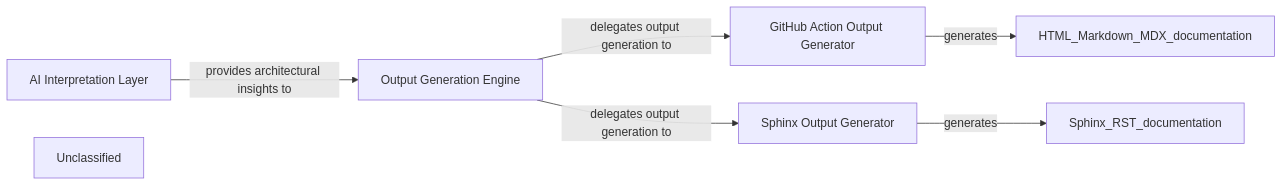
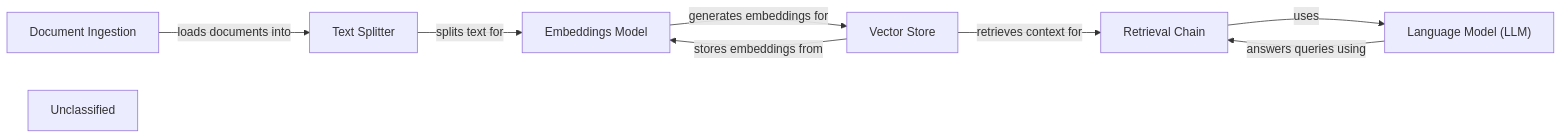
Before and after one commit to Tharun8688/CodeBoarding: the second of 6 diagrams in docs/development/architecture.md, drawn with Mermaid. The commit also changed other lines of this file and 13 other files, not shown here.

First line of the commit message:
docs: update codeboarding documentation and generate architecture

````diff
--- a/docs/development/architecture.md
+++ b/docs/development/architecture.md
@@ -111,15 +79,17 @@
 ```mermaid
 graph LR
-    AI_Interpretation_Layer["AI Interpretation Layer"]
-    Output_Generation_Engine["Output Generation Engine"]
-    GitHub_Action_Output_Generator["GitHub Action Output Generator"]
-    Sphinx_Output_Generator["Sphinx Output Generator"]
+    Document_Ingestion["Document Ingestion"]
+    Text_Splitter["Text Splitter"]
+    Vector_Store["Vector Store"]
+    Embeddings_Model["Embeddings Model"]
+    Language_Model_LLM_["Language Model (LLM)"]
+    Retrieval_Chain["Retrieval Chain"]
     Unclassified["Unclassified"]
-    AI_Interpretation_Layer -- "provides architectural insights to" --> Output_Generation_Engine
-    Output_Generation_Engine -- "delegates output generation to" --> GitHub_Action_Output_Generator
-    Output_Generation_Engine -- "delegates output generation to" --> Sphinx_Output_Generator
-    GitHub_Action_Output_Generator -- "generates" --> HTML_Markdown_MDX_documentation
-    Sphinx_Output_Generator -- "generates" --> Sphinx_RST_documentation
-    click AI_Interpretation_Layer href "https://github.com/CodeBoarding/CodeBoarding/blob/main/.codeboarding/AI_Interpretation_Layer.md" "Details"
-    click Output_Generation_Engine href "https://github.com/CodeBoarding/CodeBoarding/blob/main/.codeboarding/Output_Generation_Engine.md" "Details"
+    Document_Ingestion -- "loads documents into" --> Text_Splitter
+    Text_Splitter -- "splits text for" --> Embeddings_Model
+    Embeddings_Model -- "generates embeddings for" --> Vector_Store
+    Vector_Store -- "stores embeddings from" --> Embeddings_Model
+    Vector_Store -- "retrieves context for" --> Retrieval_Chain
+    Retrieval_Chain -- "uses" --> Language_Model_LLM_
+    Language_Model_LLM_ -- "answers queries using" --> Retrieval_Chain
 ```
````
